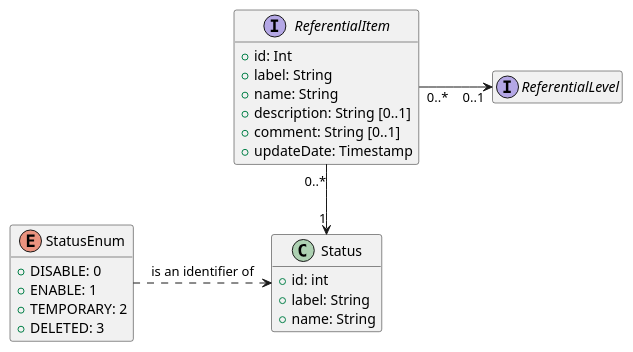
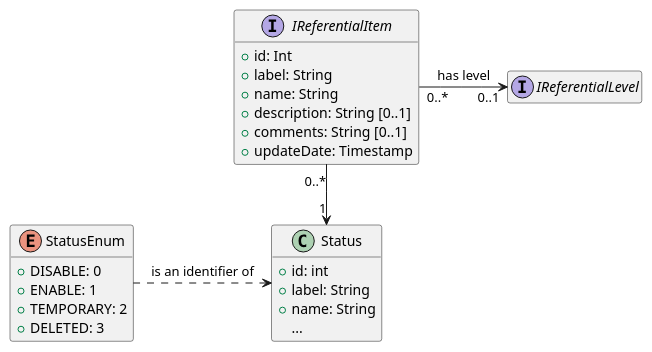
The diagram in model/referential/common.puml (sumaris-net/sumaris-doc), drawn with PlantUML before and after one commit. The commit also changed 3 other files, not shown here.

```diff
--- a/model/referential/common.puml
+++ b/model/referential/common.puml
@@ -1,35 +1,36 @@
 @startuml
 hide empty members
 
-interface ReferentialItem {
+interface IReferentialItem {
     +id: Int
     +label: String
     +name: String
     +description: String [0..1]
-    +comment: String [0..1]
+    +comments: String [0..1]
     +updateDate: Timestamp
 }
 
-interface ReferentialLevel {
+interface IReferentialLevel {
 }
 
 class Status {
     +id: int
     +label: String
     +name: String
+    ...
 }
 
 enum StatusEnum {
    +DISABLE: 0
    +ENABLE: 1
    +TEMPORARY: 2
    +DELETED: 3
 }
 
-ReferentialItem "0..*" --> "1" Status
-ReferentialItem "0..*" -right-> "0..1" ReferentialLevel: "           "
+IReferentialItem "0..*" --> "1" Status
+IReferentialItem "0..*" -right-> "0..1" IReferentialLevel: "has level"
 
 Status <.left. StatusEnum: "is an identifier of"
 
 
 @enduml
```
